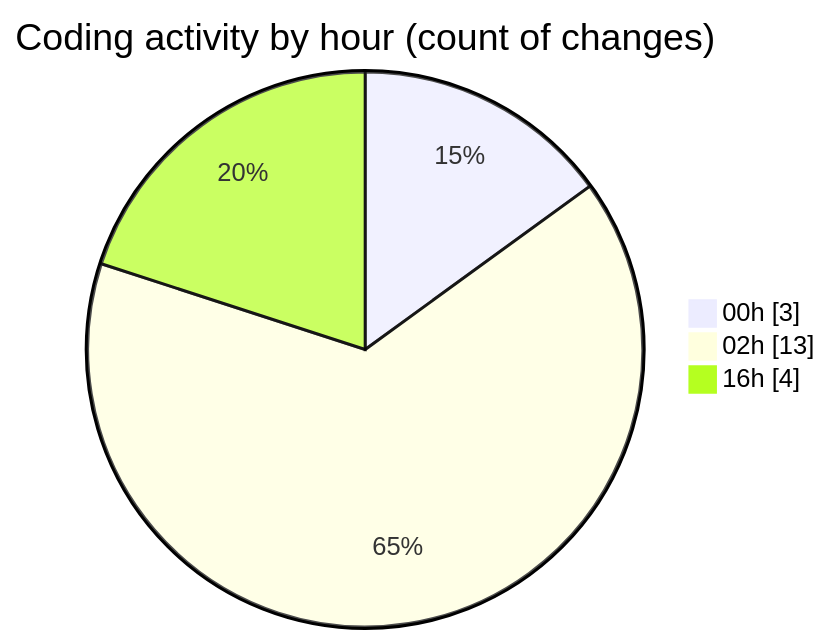
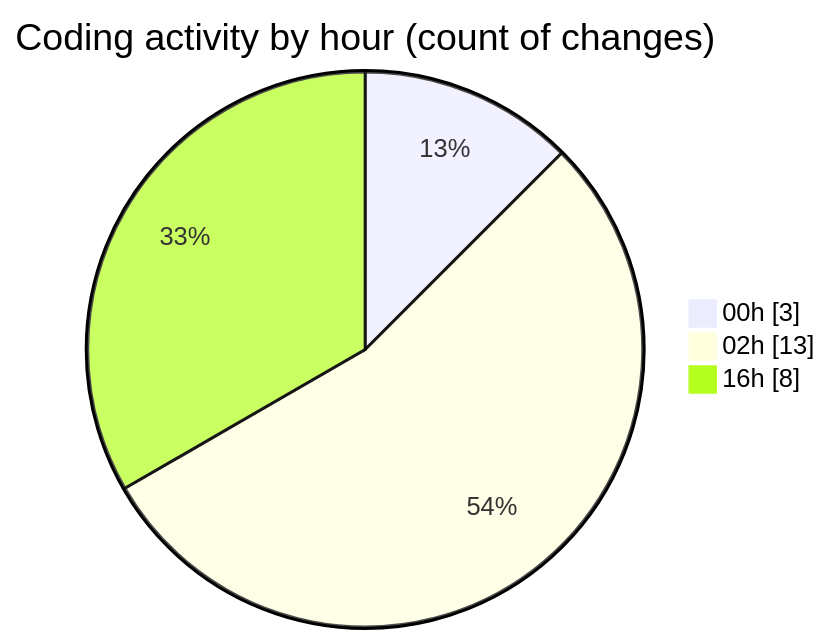
One commit to julien-gomy/code-tracking changed the second of 2 diagrams in 2025-10-21/eventscop-api-guide__workspace_/README.md. Above: the diagram before and after it, drawn with Mermaid. The commit also changed other lines of this file and 1 other file, not shown here.

````diff
--- a/2025-10-21/eventscop-api-guide__workspace_/README.md
+++ b/2025-10-21/eventscop-api-guide__workspace_/README.md
@@ -33,7 +33,7 @@
 ```mermaid
 pie showData
 title Coding activity by hour (count of changes)
 "00h" : 3
 "02h" : 13
-"16h" : 4
+"16h" : 8
 ```
````
